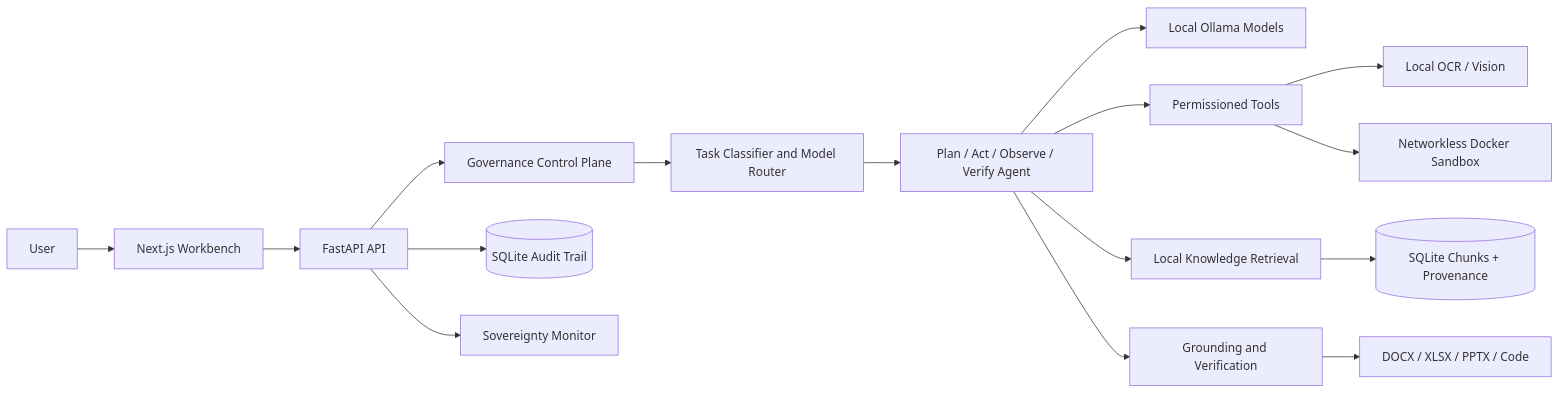
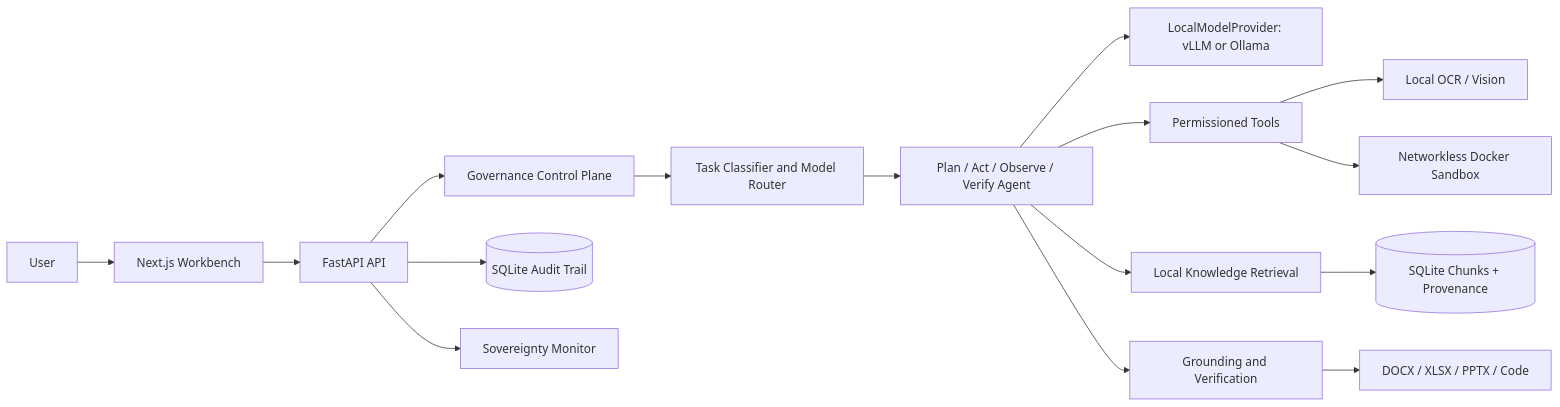
Before and after one commit to PallabBiswas3/SovereignAI: the first of 2 diagrams in README.md, drawn with Mermaid. The commit also changed other lines of this file and 39 other files, not shown here.

Commit message:
complete sovereign Pump-102 architecture and evaluation stack

````diff
--- a/README.md
+++ b/README.md
@@ -55,18 +69,18 @@
 ```mermaid
 flowchart LR
   U[User] --> W[Next.js Workbench]
   W --> API[FastAPI API]
   API --> G[Governance Control Plane]
   G --> R[Task Classifier and Model Router]
   R --> A[Plan / Act / Observe / Verify Agent]
-  A --> L[Local Ollama Models]
+  A --> L[LocalModelProvider: vLLM or Ollama]
   A --> T[Permissioned Tools]
   T --> O[Local OCR / Vision]
   T --> S[Networkless Docker Sandbox]
   A --> K[Local Knowledge Retrieval]
   K --> DB[(SQLite Chunks + Provenance)]
   A --> V[Grounding and Verification]
   V --> F[DOCX / XLSX / PPTX / Code]
   API --> AUD[(SQLite Audit Trail)]
   API --> MON[Sovereignty Monitor]
 ```
````
